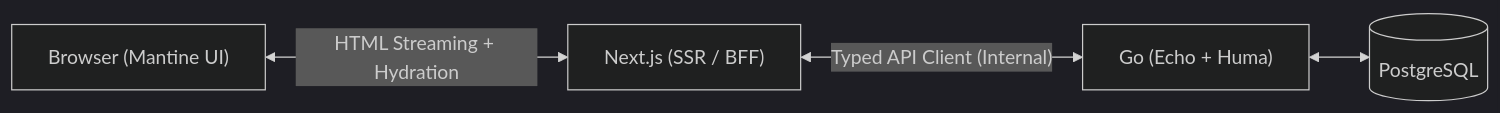
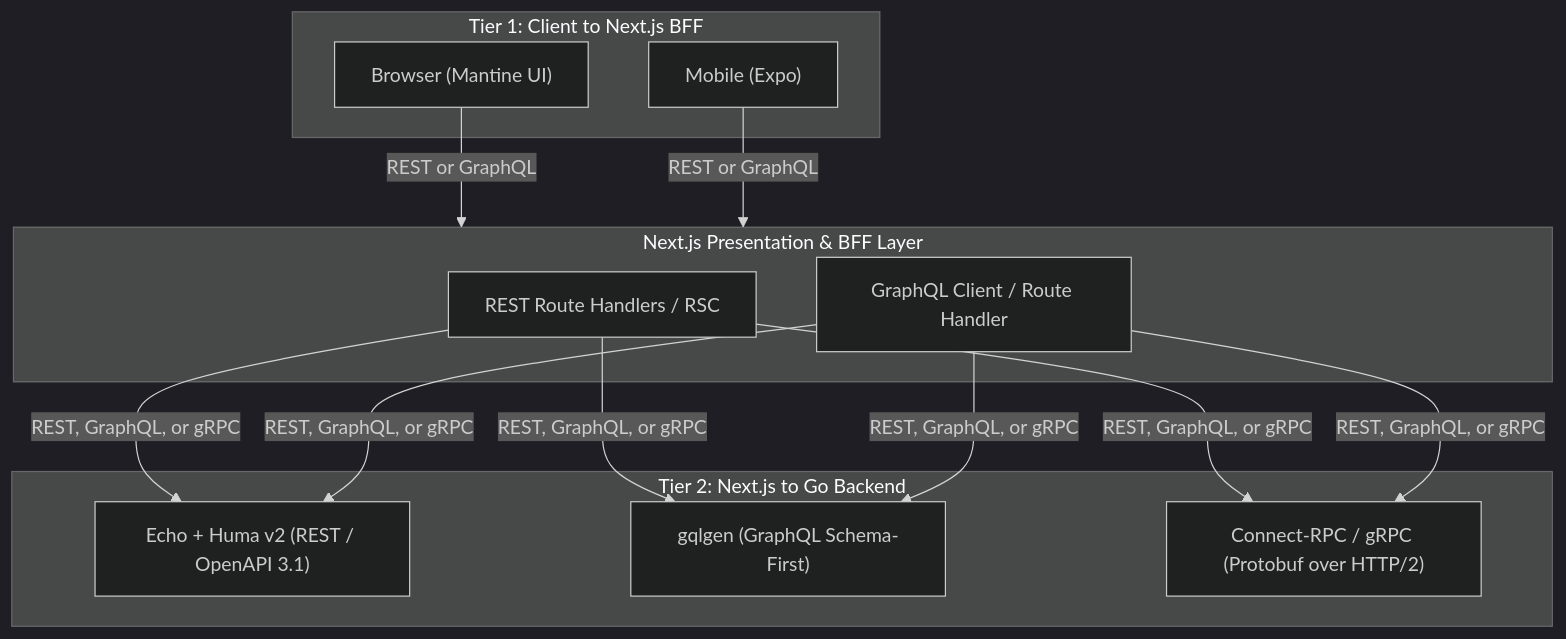
One commit to dennys-bd/gonext changed the diagram in roadmap.md. Above: the diagram before and after it, drawn with Mermaid (dark theme). The commit also changed other lines of this file and 4 other files, not shown here.

First line of the commit message:
docs: split roadmap into README vision + status-tracked roadmap

````diff
--- a/roadmap.md
+++ b/roadmap.md
@@ -212,6 +43,21 @@
 ```mermaid
-flowchart LR
-    Browser["Browser (Mantine UI)"] <-->|"HTML Streaming + Hydration"| Next["Next.js (SSR / BFF)"]
-    Next <-->|"Typed API Client (Internal)"| Go["Go (Echo + Huma)"]
-    Go <--> DB[(PostgreSQL)]
+flowchart TD
+    subgraph Tier1["Tier 1: Client to Next.js BFF"]
+        Browser["Browser (Mantine UI)"]
+        Mobile["Mobile (Expo)"]
+    end
+
+    subgraph Next["Next.js Presentation & BFF Layer"]
+        BFF_REST["REST Route Handlers / RSC"]
+        BFF_GQL["GraphQL Client / Route Handler"]
+    end
+
+    subgraph Tier2["Tier 2: Next.js to Go Backend"]
+        Go_REST["Echo + Huma v2 (REST / OpenAPI 3.1)"]
+        Go_GQL["gqlgen (GraphQL Schema-First)"]
+        Go_GRPC["Connect-RPC / gRPC (Protobuf over HTTP/2)"]
+    end
+
+    Browser & Mobile -->|"REST or GraphQL"| Next
+    BFF_REST & BFF_GQL -->|"REST, GraphQL, or gRPC"| Go_REST & Go_GQL & Go_GRPC
 ```
````
